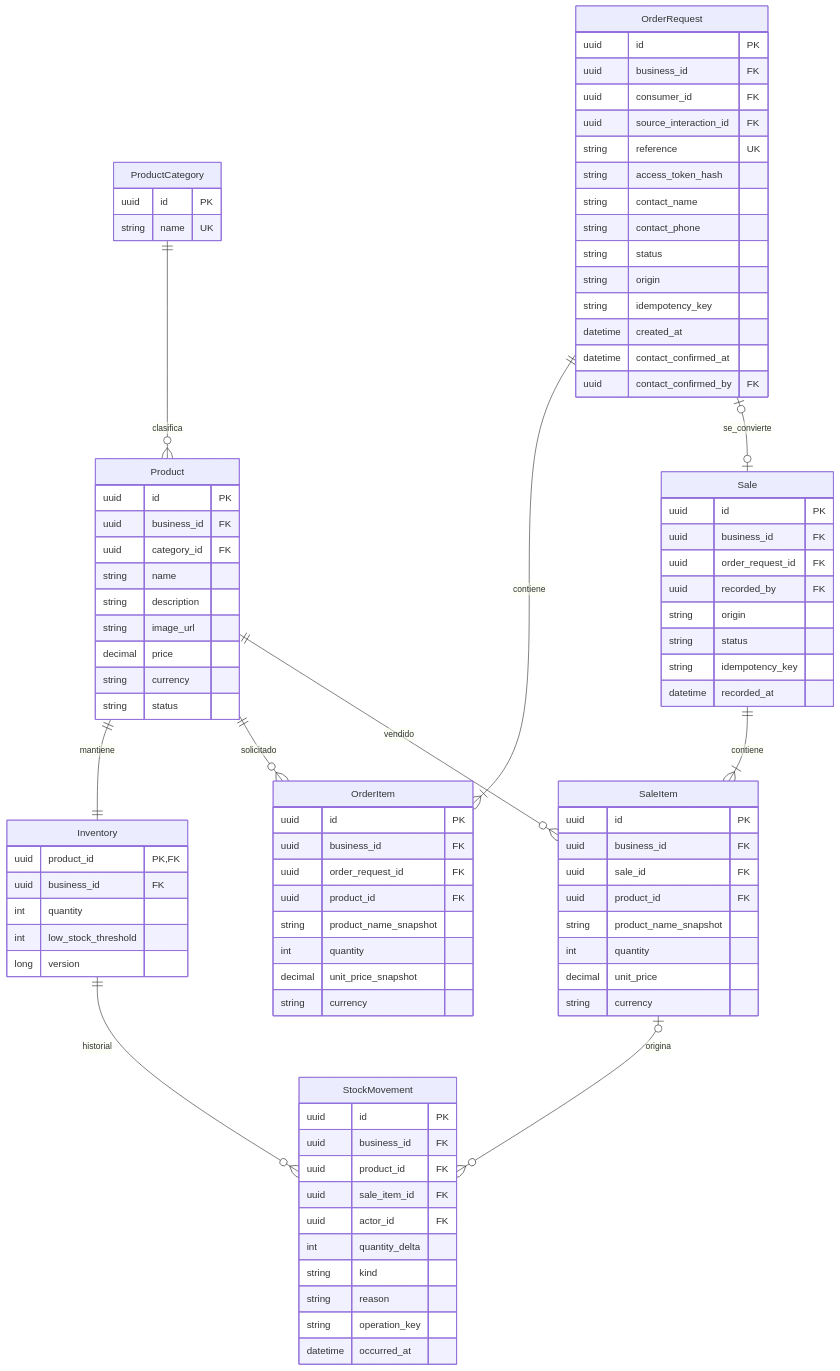
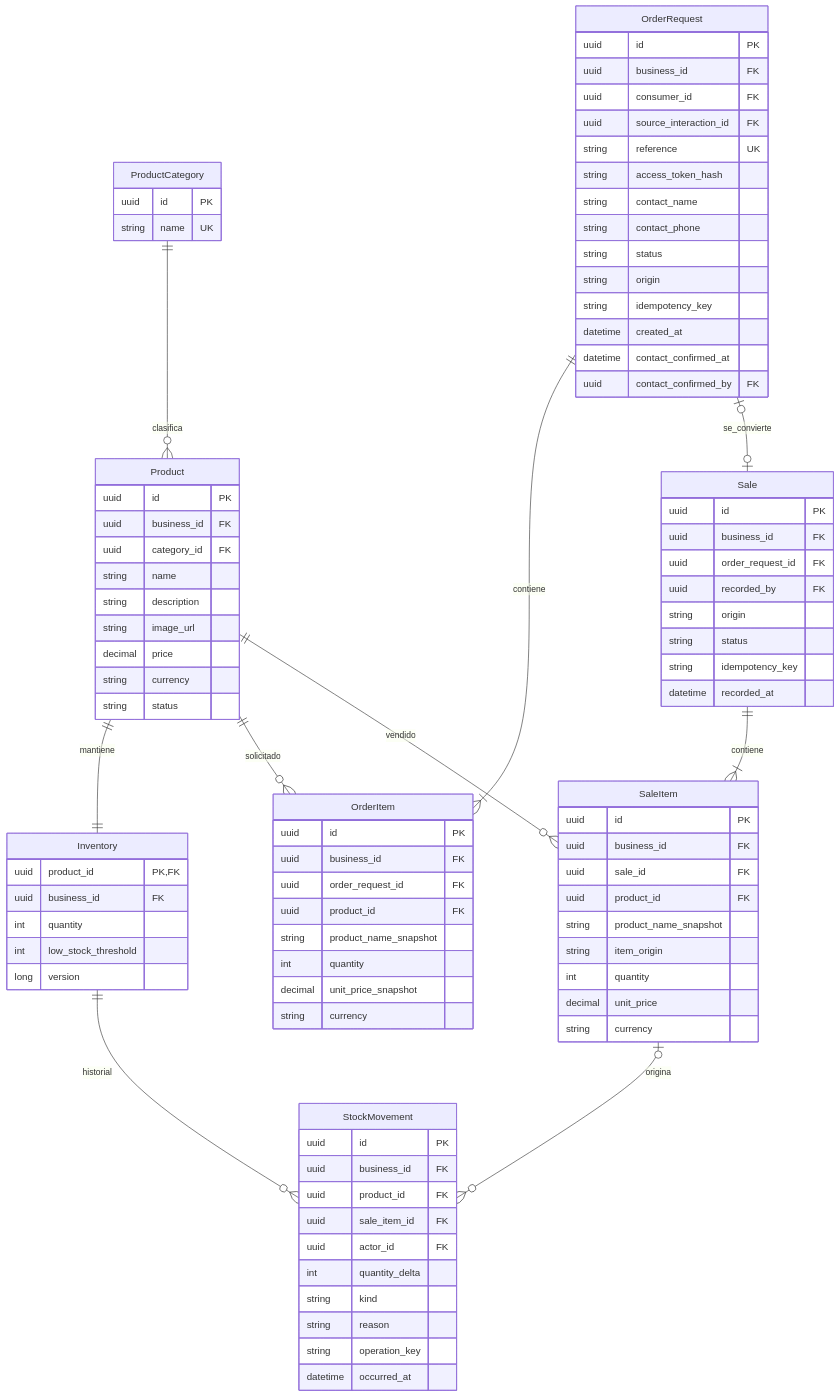
The diagram in Doc/model/02-comercio.mmd (agustinlopez23/tesis), drawn with Mermaid before and after one commit. The commit also changed 420 other files, not shown here.

```diff
--- a/Doc/model/02-comercio.mmd
+++ b/Doc/model/02-comercio.mmd
@@ -1,90 +1,91 @@
 erDiagram
     ProductCategory {
         uuid id PK
         string name UK
     }
     Product {
         uuid id PK
         uuid business_id FK
         uuid category_id FK
         string name
         string description
         string image_url
         decimal price
         string currency
         string status
     }
     Inventory {
         uuid product_id PK,FK
         uuid business_id FK
         int quantity
         int low_stock_threshold
         long version
     }
     OrderRequest {
         uuid id PK
         uuid business_id FK
         uuid consumer_id FK
         uuid source_interaction_id FK
         string reference UK
         string access_token_hash
         string contact_name
         string contact_phone
         string status
         string origin
         string idempotency_key
         datetime created_at
         datetime contact_confirmed_at
         uuid contact_confirmed_by FK
     }
     OrderItem {
         uuid id PK
         uuid business_id FK
         uuid order_request_id FK
         uuid product_id FK
         string product_name_snapshot
         int quantity
         decimal unit_price_snapshot
         string currency
     }
     Sale {
         uuid id PK
         uuid business_id FK
         uuid order_request_id FK
         uuid recorded_by FK
         string origin
         string status
         string idempotency_key
         datetime recorded_at
     }
     SaleItem {
         uuid id PK
         uuid business_id FK
         uuid sale_id FK
         uuid product_id FK
         string product_name_snapshot
+        string item_origin
         int quantity
         decimal unit_price
         string currency
     }
     StockMovement {
         uuid id PK
         uuid business_id FK
         uuid product_id FK
         uuid sale_item_id FK
         uuid actor_id FK
         int quantity_delta
         string kind
         string reason
         string operation_key
         datetime occurred_at
     }
     ProductCategory ||--o{ Product : clasifica
     Product ||--|| Inventory : mantiene
     OrderRequest ||--|{ OrderItem : contiene
     Product ||--o{ OrderItem : solicitado
     OrderRequest |o--o| Sale : se_convierte
     Sale ||--|{ SaleItem : contiene
     Product ||--o{ SaleItem : vendido
     Inventory ||--o{ StockMovement : historial
     SaleItem |o--o{ StockMovement : origina
```
